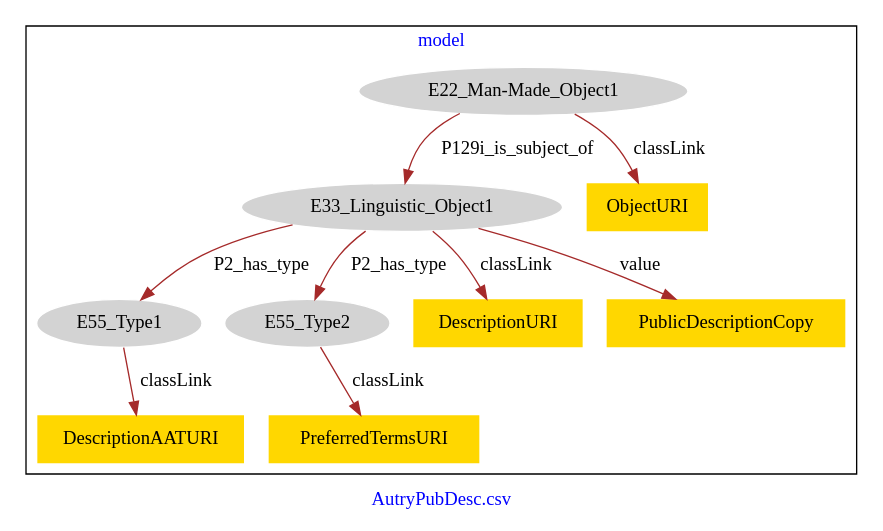
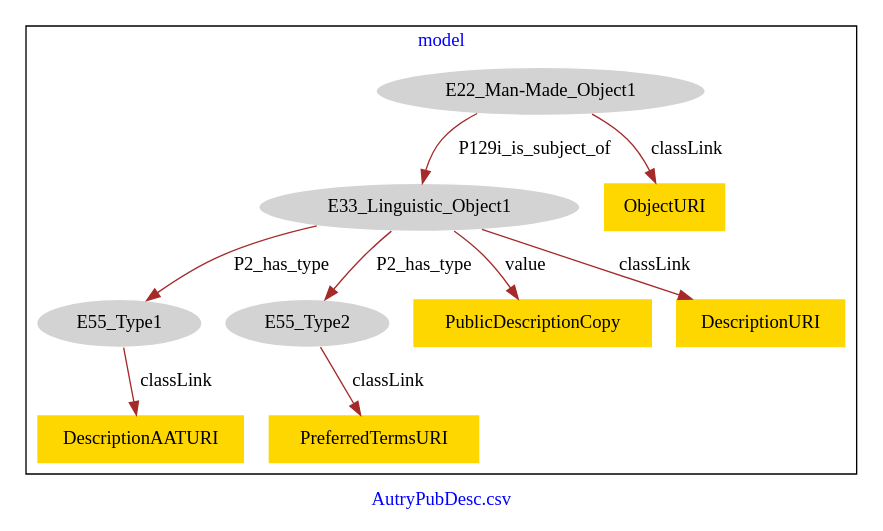
One commit to american-art/autry changed the diagram in AutryPubDesc/AutryPubDesc-model.dot. Above: the diagram before and after it, drawn with Graphviz.

Commit message:
Update file AutryPubDesc-model.dot

```diff
--- a/AutryPubDesc/AutryPubDesc-model.dot
+++ b/AutryPubDesc/AutryPubDesc-model.dot
@@ -1,25 +1,25 @@
 digraph n0 {
 fontcolor="blue"
 remincross="true"
 label="AutryPubDesc.csv"
 subgraph cluster {
 label="model"
 n2[style="filled",color="white",fillcolor="lightgray",label="E22_Man-Made_Object1"];
 n3[style="filled",color="white",fillcolor="lightgray",label="E33_Linguistic_Object1"];
 n4[style="filled",color="white",fillcolor="lightgray",label="E55_Type1"];
 n5[style="filled",color="white",fillcolor="lightgray",label="E55_Type2"];
-n6[shape="plaintext",style="filled",fillcolor="gold",label="DescriptionURI"];
-n7[shape="plaintext",style="filled",fillcolor="gold",label="DescriptionAATURI"];
-n8[shape="plaintext",style="filled",fillcolor="gold",label="ObjectURI"];
-n9[shape="plaintext",style="filled",fillcolor="gold",label="PublicDescriptionCopy"];
-n10[shape="plaintext",style="filled",fillcolor="gold",label="PreferredTermsURI"];
+n6[shape="plaintext",style="filled",fillcolor="gold",label="PreferredTermsURI"];
+n7[shape="plaintext",style="filled",fillcolor="gold",label="ObjectURI"];
+n8[shape="plaintext",style="filled",fillcolor="gold",label="PublicDescriptionCopy"];
+n9[shape="plaintext",style="filled",fillcolor="gold",label="DescriptionURI"];
+n10[shape="plaintext",style="filled",fillcolor="gold",label="DescriptionAATURI"];
 }
 n2 -> n3[color="brown",fontcolor="black",label="P129i_is_subject_of"]
 n3 -> n4[color="brown",fontcolor="black",label="P2_has_type"]
 n3 -> n5[color="brown",fontcolor="black",label="P2_has_type"]
-n3 -> n6[color="brown",fontcolor="black",label="classLink"]
-n4 -> n7[color="brown",fontcolor="black",label="classLink"]
-n2 -> n8[color="brown",fontcolor="black",label="classLink"]
-n3 -> n9[color="brown",fontcolor="black",label="value"]
-n5 -> n10[color="brown",fontcolor="black",label="classLink"]
+n5 -> n6[color="brown",fontcolor="black",label="classLink"]
+n2 -> n7[color="brown",fontcolor="black",label="classLink"]
+n3 -> n8[color="brown",fontcolor="black",label="value"]
+n3 -> n9[color="brown",fontcolor="black",label="classLink"]
+n4 -> n10[color="brown",fontcolor="black",label="classLink"]
 }
```
